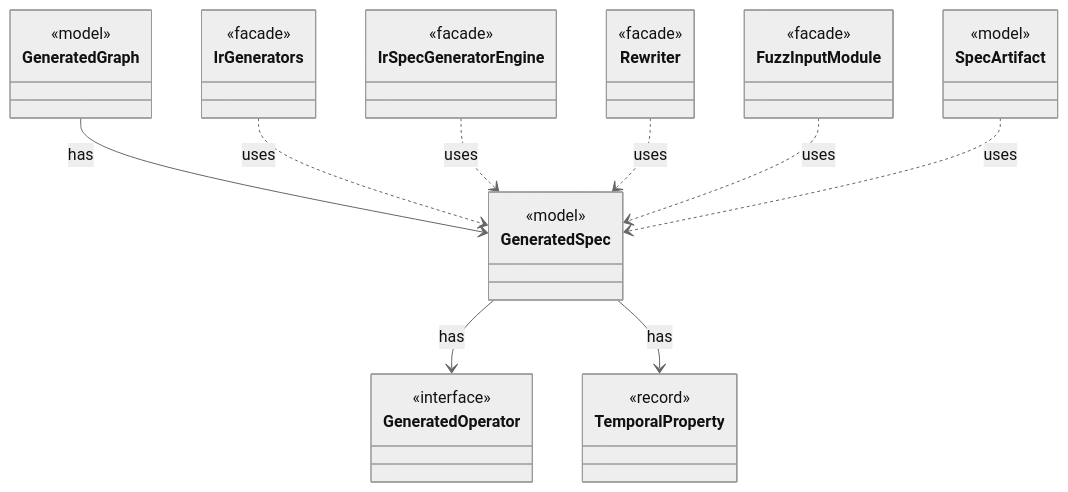
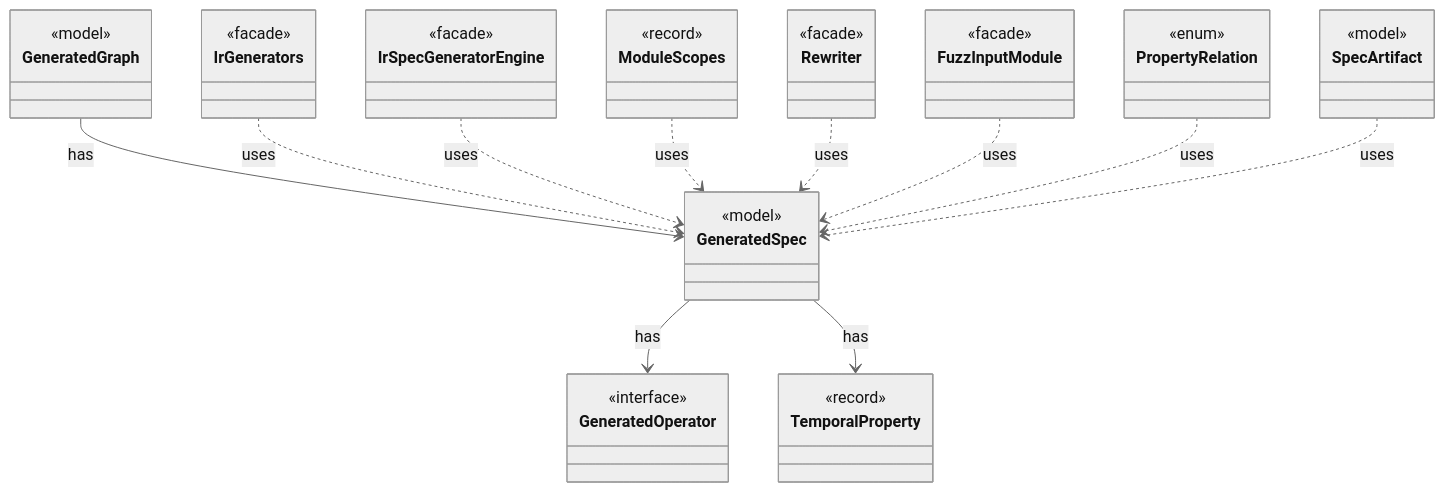
One commit to tlaplus/model-checker-hardening changed the diagram in dev/types/io.github.tlaplus.hardening.gen.GeneratedSpec.md. Above: the diagram before and after it, drawn with Mermaid (neutral theme). The commit also changed other lines of this file and 405 other files, not shown here.

````diff
--- a/dev/types/io.github.tlaplus.hardening.gen.GeneratedSpec.md
+++ b/dev/types/io.github.tlaplus.hardening.gen.GeneratedSpec.md
@@ -7,38 +7,46 @@
 ```mermaid
 classDiagram
   class GeneratedSpec {
     <<model>>
   }
   class GeneratedOperator {
     <<interface>>
   }
   class TemporalProperty {
     <<record>>
   }
   class GeneratedGraph {
     <<model>>
   }
   class IrGenerators {
     <<facade>>
   }
   class IrSpecGeneratorEngine {
     <<facade>>
   }
+  class ModuleScopes {
+    <<record>>
+  }
   class Rewriter {
     <<facade>>
   }
   class FuzzInputModule {
     <<facade>>
+  }
+  class PropertyRelation {
+    <<enum>>
   }
   class SpecArtifact {
     <<model>>
   }
   GeneratedSpec --> GeneratedOperator : has
   GeneratedSpec --> TemporalProperty : has
   GeneratedGraph --> GeneratedSpec : has
   IrGenerators ..> GeneratedSpec : uses
   IrSpecGeneratorEngine ..> GeneratedSpec : uses
+  ModuleScopes ..> GeneratedSpec : uses
   Rewriter ..> GeneratedSpec : uses
   FuzzInputModule ..> GeneratedSpec : uses
+  PropertyRelation ..> GeneratedSpec : uses
   SpecArtifact ..> GeneratedSpec : uses
 ```
````
